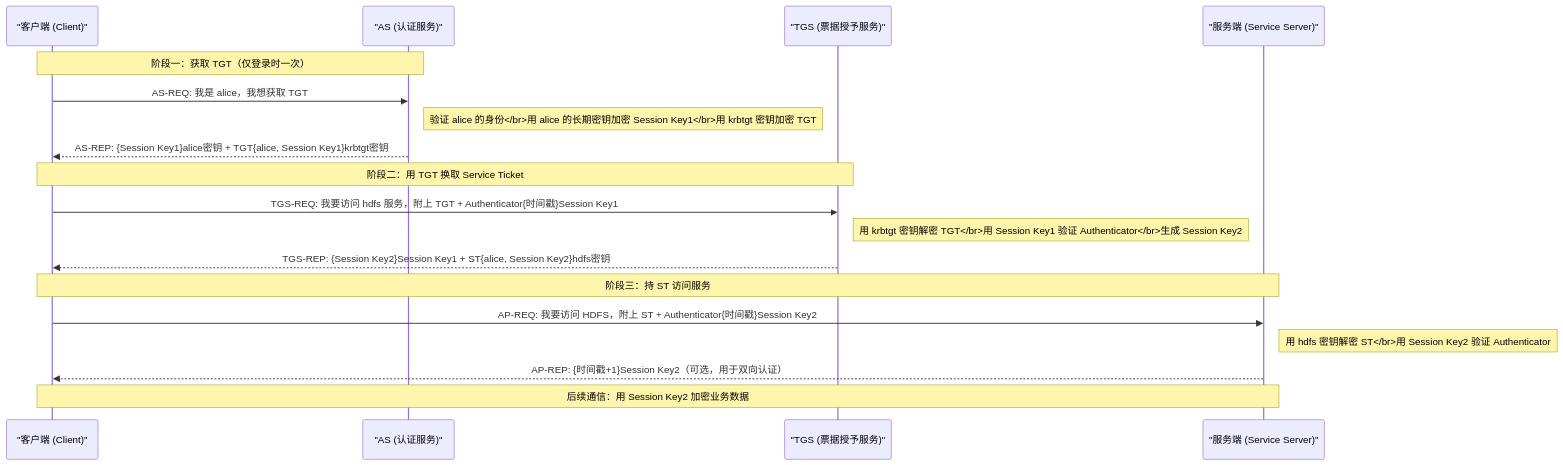
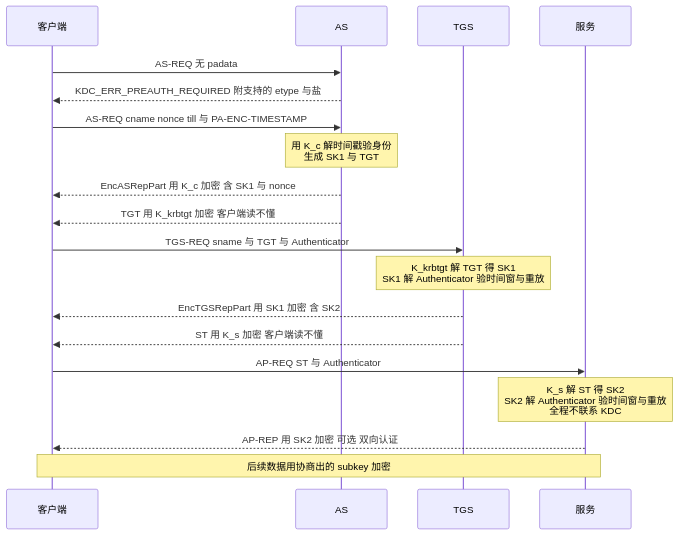
The second of 6 diagrams in content/大数据/安全与认证/02 Kerberos 协议深度解析：TGT、ST 与票据体系.md (hpliStartAgain/my-brain), drawn with Mermaid before and after one commit. The commit also changed other lines of this file and 455 other files, not shown here.

````diff
--- a/content/大数据/安全与认证/02 Kerberos 协议深度解析：TGT、ST 与票据体系.md
+++ b/content/大数据/安全与认证/02 Kerberos 协议深度解析：TGT、ST 与票据体系.md
@@ -104,25 +107,23 @@
 ```mermaid
 %%{init: {'theme': 'dracula'}}%%
 sequenceDiagram
-    participant C as "客户端 (Client)"
-    participant AS as "AS (认证服务)"
-    participant TGS as "TGS (票据授予服务)"
-    participant SS as "服务端 (Service Server)"
+    participant C as 客户端
+    participant A as AS
+    participant T as TGS
+    participant S as 服务
 
-    Note over C,AS: 阶段一：获取 TGT（仅登录时一次）
-    C->>AS: AS-REQ: 我是 alice，我想获取 TGT
-    Note right of AS: 验证 alice 的身份</br>用 alice 的长期密钥加密 Session Key1</br>用 krbtgt 密钥加密 TGT
-    AS-->>C: AS-REP: {Session Key1}alice密钥 + TGT{alice, Session Key1}krbtgt密钥
-
-    Note over C,TGS: 阶段二：用 TGT 换取 Service Ticket
-    C->>TGS: TGS-REQ: 我要访问 hdfs 服务，附上 TGT + Authenticator{时间戳}Session Key1
-    Note right of TGS: 用 krbtgt 密钥解密 TGT</br>用 Session Key1 验证 Authenticator</br>生成 Session Key2
-    TGS-->>C: TGS-REP: {Session Key2}Session Key1 + ST{alice, Session Key2}hdfs密钥
-
-    Note over C,SS: 阶段三：持 ST 访问服务
-    C->>SS: AP-REQ: 我要访问 HDFS，附上 ST + Authenticator{时间戳}Session Key2
-    Note right of SS: 用 hdfs 密钥解密 ST</br>用 Session Key2 验证 Authenticator
-    SS-->>C: AP-REP: {时间戳+1}Session Key2（可选，用于双向认证）
-    
-    Note over C,SS: 后续通信：用 Session Key2 加密业务数据
+    C->>A: AS-REQ 无 padata
+    A-->>C: KDC_ERR_PREAUTH_REQUIRED 附支持的 etype 与盐
+    C->>A: AS-REQ cname nonce till 与 PA-ENC-TIMESTAMP
+    Note over A: 用 K_c 解时间戳验身份<br/>生成 SK1 与 TGT
+    A-->>C: EncASRepPart 用 K_c 加密 含 SK1 与 nonce
+    A-->>C: TGT 用 K_krbtgt 加密 客户端读不懂
+    C->>T: TGS-REQ sname 与 TGT 与 Authenticator
+    Note over T: K_krbtgt 解 TGT 得 SK1<br/>SK1 解 Authenticator 验时间窗与重放
+    T-->>C: EncTGSRepPart 用 SK1 加密 含 SK2
+    T-->>C: ST 用 K_s 加密 客户端读不懂
+    C->>S: AP-REQ ST 与 Authenticator
+    Note over S: K_s 解 ST 得 SK2<br/>SK2 解 Authenticator 验时间窗与重放<br/>全程不联系 KDC
+    S-->>C: AP-REP 用 SK2 加密 可选 双向认证
+    Note over C,S: 后续数据用协商出的 subkey 加密
 ```
````
